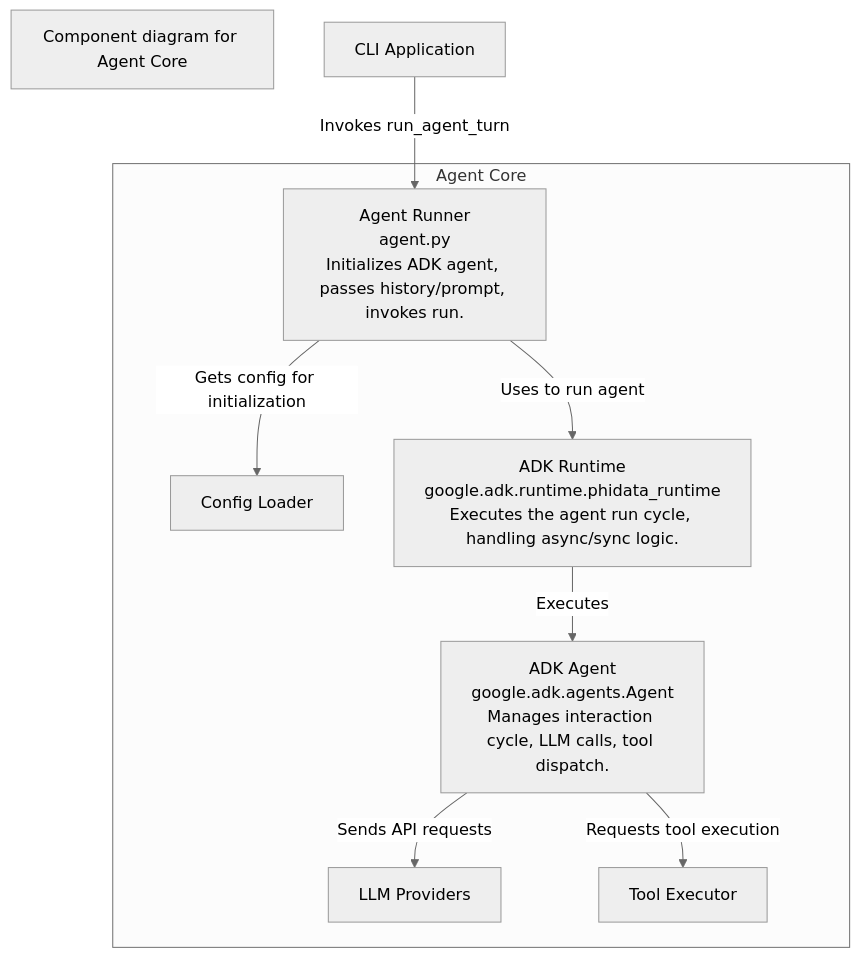
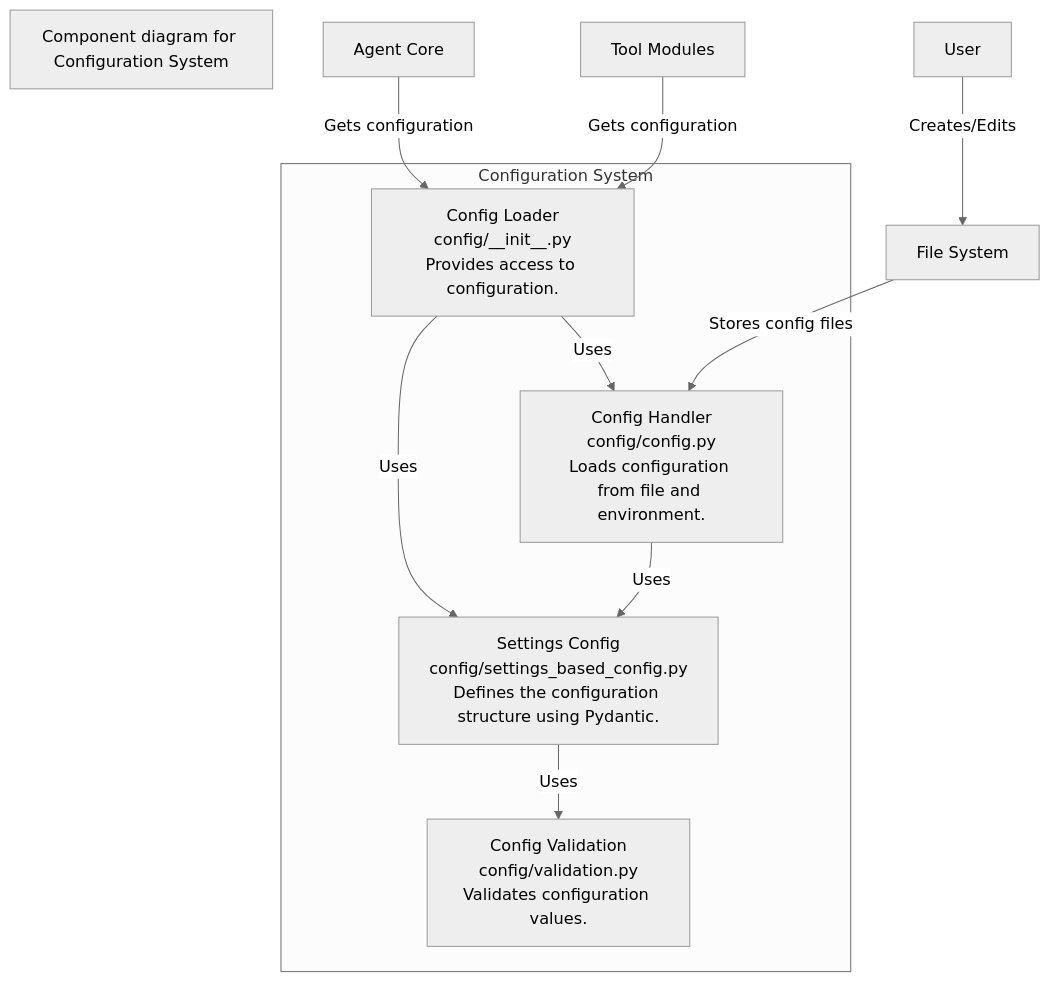
Before and after one commit to BlueCentre/code-agent: the fourth of 4 diagrams in docs/getting_started_architecture.md, drawn with Mermaid (neutral theme). The commit also changed other lines of this file and 7 other files, not shown here.

Commit message:
docs: update architecture diagrams and add sequence diagrams (#5)

````diff
--- a/docs/getting_started_architecture.md
+++ b/docs/getting_started_architecture.md
@@ -69,23 +117,27 @@
 ```mermaid
 flowchart TD
-    title["Component diagram for Agent Core"]
+    title["Component diagram for Configuration System"]
 
-    cli_app["CLI Application"]
-    llm_providers["LLM Providers"]
-    tool_executor["Tool Executor"]
-    config_loader["Config Loader"]
+    user["User"]
+    file_system["File System"]
+    agent_core["Agent Core"]
+    tool_modules["Tool Modules"]
 
-    subgraph agent_boundary["Agent Core"]
-        agent_runner["Agent Runner<br>agent.py<br>Initializes ADK agent, passes history/prompt, invokes run."]
-        adk_agent["ADK Agent<br>google.adk.agents.Agent<br>Manages interaction cycle, LLM calls, tool dispatch."]
-        adk_runtime["ADK Runtime<br>google.adk.runtime.phidata_runtime<br>Executes the agent run cycle, handling async/sync logic."]
-
-        agent_runner --> |"Uses to run agent"| adk_runtime
-        agent_runner --> |"Gets config for initialization"| config_loader
-        adk_runtime --> |"Executes"| adk_agent
-        adk_agent --> |"Sends API requests"| llm_providers
-        adk_agent --> |"Requests tool execution"| tool_executor
+    subgraph config_boundary["Configuration System"]
+        config_loader["Config Loader<br>config/__init__.py<br>Provides access to configuration."]
+        settings_config["Settings Config<br>config/settings_based_config.py<br>Defines the configuration structure using Pydantic."]
+        config_validation["Config Validation<br>config/validation.py<br>Validates configuration values."]
+        config_handler["Config Handler<br>config/config.py<br>Loads configuration from file and environment."]
     end
 
-    cli_app --> |"Invokes run_agent_turn"| agent_runner
+    user --> |"Creates/Edits"| file_system
+    file_system --> |"Stores config files"| config_handler
+
+    agent_core --> |"Gets configuration"| config_loader
+    tool_modules --> |"Gets configuration"| config_loader
+
+    config_loader --> |"Uses"| settings_config
+    settings_config --> |"Uses"| config_validation
+    config_handler --> |"Uses"| settings_config
+    config_loader --> |"Uses"| config_handler
 ```
````
